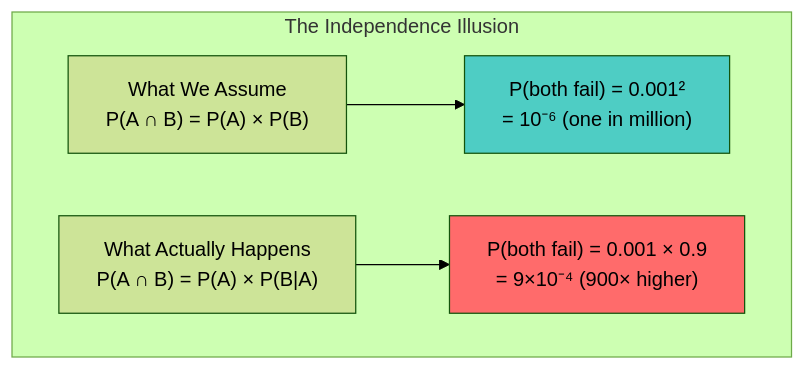
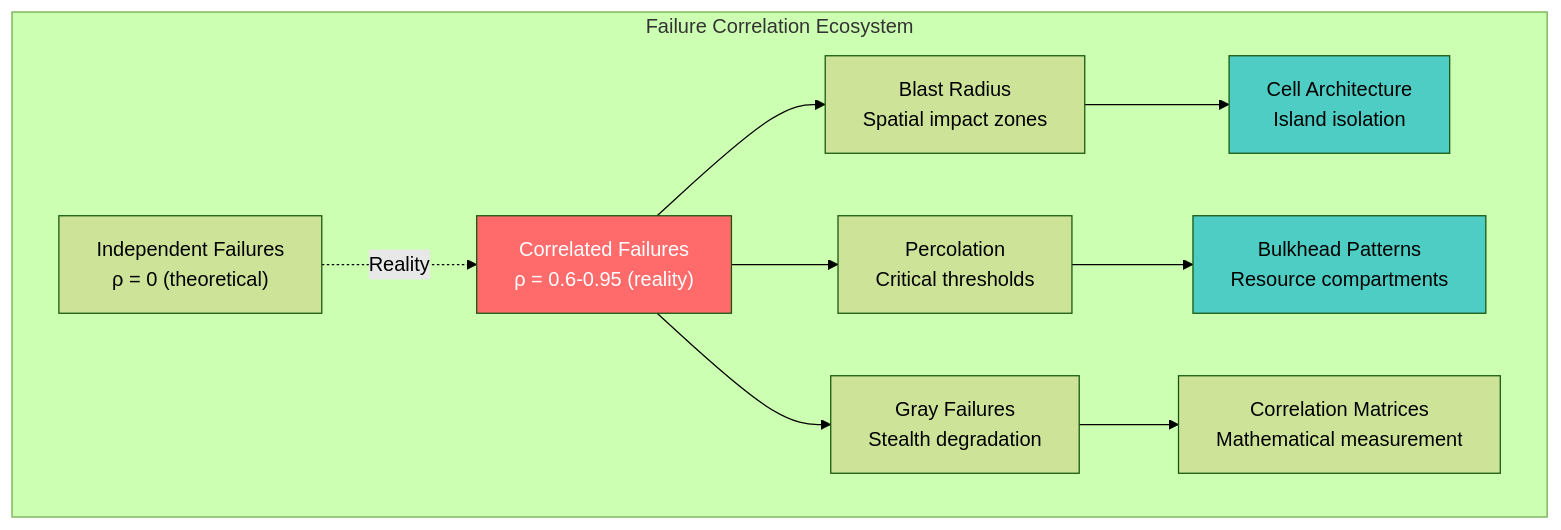
The first of 6 diagrams in docs/core-principles/laws/correlated-failure.md (deepaucksharma/DStudio), drawn with Mermaid (forest theme) before and after one commit. The commit also changed other lines of this file and 112 other files, not shown here.

````diff
--- a/docs/core-principles/laws/correlated-failure.md
+++ b/docs/core-principles/laws/correlated-failure.md
@@ -45,16 +26,28 @@
 ```mermaid
 graph TB
-    subgraph "The Independence Illusion"
-        I1["What We Assume<br/>P(A ∩ B) = P(A) × P(B)"]
-        R1["What Actually Happens<br/>P(A ∩ B) = P(A) × P(B|A)"]
+    subgraph "Failure Correlation Ecosystem"
+        INDEP["Independent Failures<br/>ρ = 0 (theoretical)"]
+        CORR["Correlated Failures<br/>ρ = 0.6-0.95 (reality)"]
         
-        I2["P(both fail) = 0.001²<br/>= 10⁻⁶ (one in million)"]
-        R2["P(both fail) = 0.001 × 0.9<br/>= 9×10⁻⁴ (900× higher)"]
+        BLAST["Blast Radius<br/>Spatial impact zones"]
+        PERC["Percolation<br/>Critical thresholds"]
         
-        I1 --> I2
-        R1 --> R2
+        CELL["Cell Architecture<br/>Island isolation"]
+        BULK["Bulkhead Patterns<br/>Resource compartments"]
         
-        style I2 fill:#4ecdc4
-        style R2 fill:#ff6b6b
+        GRAY["Gray Failures<br/>Stealth degradation"]
+        MATRIX["Correlation Matrices<br/>Mathematical measurement"]
     end
+    
+    INDEP -.->|"Reality"| CORR
+    CORR --> BLAST
+    CORR --> PERC
+    BLAST --> CELL
+    PERC --> BULK
+    CORR --> GRAY
+    GRAY --> MATRIX
+    
+    style CORR fill:#ff6b6b,color:#fff
+    style CELL fill:#4ecdc4
+    style BULK fill:#4ecdc4
 ```
````
